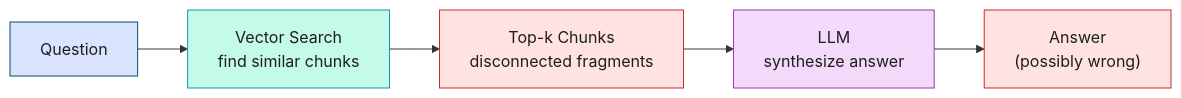
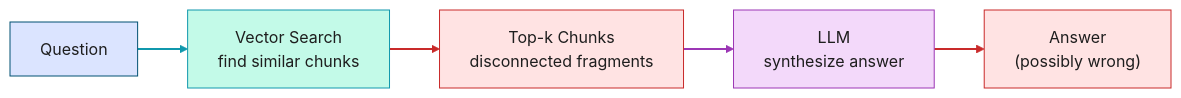
One commit to joy-neo4j/graph-intelligence-agent changed the first of 13 diagrams in outputs/Graph_Intelligence_Technical_DeepDive.md. Above: the diagram before and after it, drawn with Mermaid. The commit also changed other lines of this file and 1 other file, not shown here.

````diff
--- a/outputs/Graph_Intelligence_Technical_DeepDive.md
+++ b/outputs/Graph_Intelligence_Technical_DeepDive.md
@@ -74,12 +74,16 @@
 ```mermaid
 graph LR
     Q["Question"] --> VS["Vector Search<br/>find similar chunks"]
     VS --> K["Top-k Chunks<br/>disconnected fragments"]
     K --> LLM["LLM<br/>synthesize answer"]
     LLM --> A["Answer<br/>(possibly wrong)"]
     style Q fill:#dbe4ff,stroke:#005073,color:#1e1e1e
     style VS fill:#c3fae8,stroke:#1098ad,color:#1e1e1e
     style LLM fill:#f3d9fa,stroke:#9c36b5,color:#1e1e1e
     style K fill:#ffe3e3,stroke:#c92a2a,color:#1e1e1e
     style A fill:#ffe3e3,stroke:#c92a2a,color:#1e1e1e
+    linkStyle 0 stroke:#1098ad,stroke-width:2px
+    linkStyle 1 stroke:#c92a2a,stroke-width:2px
+    linkStyle 2 stroke:#9c36b5,stroke-width:2px
+    linkStyle 3 stroke:#c92a2a,stroke-width:2px
 ```
````
